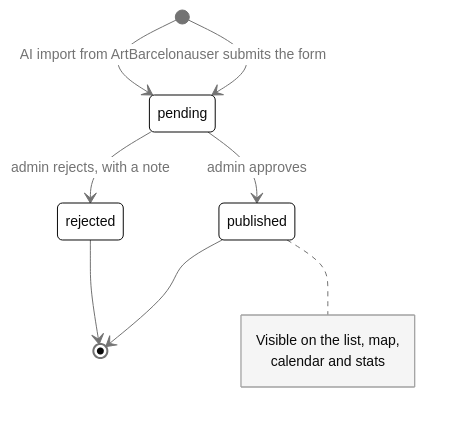
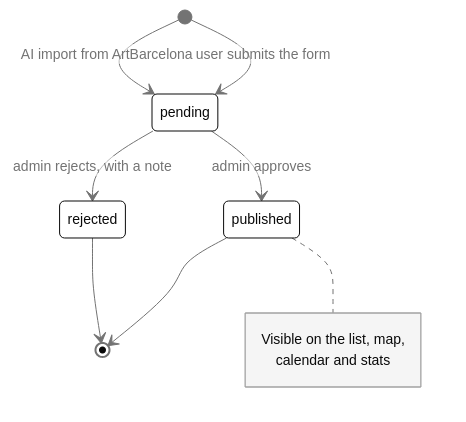
One commit to juannarowe/artroute changed the seventh of 9 diagrams in README.md. Above: the diagram before and after it, drawn with Mermaid. The commit also changed other lines of this file, not shown here.

Commit message:
docs: fix clipped labels in the README diagrams

````diff
--- a/README.md
+++ b/README.md
@@ -321,14 +323,14 @@
 ```mermaid
-%%{init: {"theme": "base", "themeVariables": {"fontFamily": "ui-sans-serif, system-ui, sans-serif", "fontSize": "14px", "primaryColor": "#ffffff", "primaryTextColor": "#0a0a0a", "primaryBorderColor": "#0a0a0a", "secondaryColor": "#f5f5f5", "tertiaryColor": "#fafafa", "lineColor": "#737373", "textColor": "#737373", "clusterBkg": "#fafafa", "clusterBorder": "#a3a3a3", "titleColor": "#0a0a0a", "edgeLabelBackground": "#ffffff", "actorBkg": "#ffffff", "actorBorder": "#0a0a0a", "actorTextColor": "#0a0a0a", "actorLineColor": "#a3a3a3", "signalColor": "#737373", "signalTextColor": "#737373", "noteBkgColor": "#f5f5f5", "noteBorderColor": "#a3a3a3", "noteTextColor": "#0a0a0a", "labelBoxBkgColor": "#ffffff", "labelBoxBorderColor": "#0a0a0a", "labelTextColor": "#0a0a0a", "loopTextColor": "#737373", "activationBkgColor": "#f5f5f5", "activationBorderColor": "#0a0a0a", "attributeBackgroundColorOdd": "#ffffff", "attributeBackgroundColorEven": "#f5f5f5"}}}%%
+%%{init: {"theme": "base", "flowchart": {"htmlLabels": false, "padding": 16}, "themeVariables": {"fontSize": "14px", "primaryColor": "#ffffff", "primaryTextColor": "#0a0a0a", "primaryBorderColor": "#0a0a0a", "secondaryColor": "#f5f5f5", "tertiaryColor": "#fafafa", "lineColor": "#737373", "textColor": "#737373", "clusterBkg": "#fafafa", "clusterBorder": "#a3a3a3", "titleColor": "#0a0a0a", "edgeLabelBackground": "#ffffff", "actorBkg": "#ffffff", "actorBorder": "#0a0a0a", "actorTextColor": "#0a0a0a", "actorLineColor": "#a3a3a3", "signalColor": "#737373", "signalTextColor": "#737373", "noteBkgColor": "#f5f5f5", "noteBorderColor": "#a3a3a3", "noteTextColor": "#0a0a0a", "labelBoxBkgColor": "#ffffff", "labelBoxBorderColor": "#0a0a0a", "labelTextColor": "#0a0a0a", "loopTextColor": "#737373", "activationBkgColor": "#f5f5f5", "activationBorderColor": "#0a0a0a", "attributeBackgroundColorOdd": "#ffffff", "attributeBackgroundColorEven": "#f5f5f5"}}}%%
 stateDiagram-v2
   [*] --> pending : user submits the form
   [*] --> pending : AI import from ArtBarcelona
   pending --> published : admin approves
   pending --> rejected : admin rejects, with a note
   published --> [*]
   rejected --> [*]
   note right of published
     Visible on the list, map,
     calendar and stats
   end note
 ```
````
